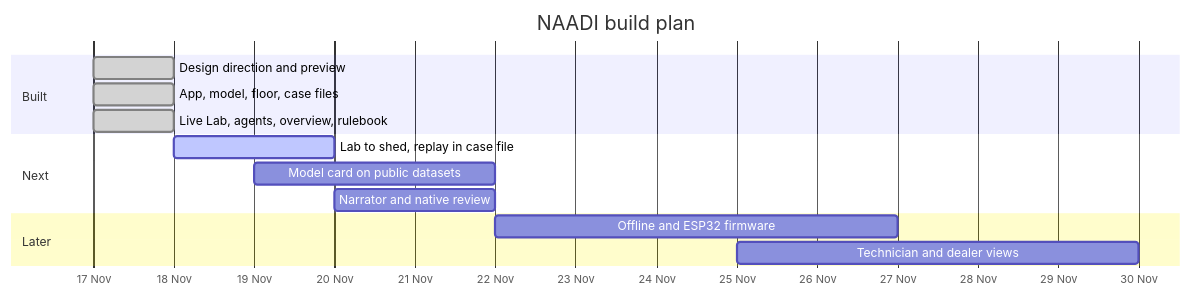
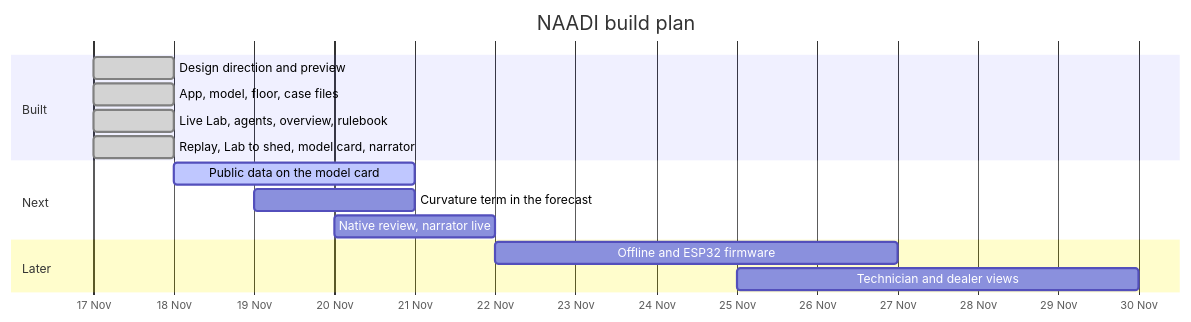
Before and after one commit to vizsh/Naadi: the diagram in docs/08-roadmap.md, drawn with Mermaid. The commit also changed other lines of this file and 63 other files, not shown here.

````diff
--- a/docs/08-roadmap.md
+++ b/docs/08-roadmap.md
@@ -43,17 +48,18 @@
 ```mermaid
 gantt
   title NAADI build plan
   dateFormat  YYYY-MM-DD
   axisFormat  %d %b
   section Built
   Design direction and preview          :done, d1, 2026-11-17, 1d
   App, model, floor, case files         :done, d2, 2026-11-17, 1d
   Live Lab, agents, overview, rulebook  :done, d3, 2026-11-17, 1d
+  Replay, Lab to shed, model card, narrator :done, d4, 2026-11-17, 1d
   section Next
-  Lab to shed, replay in case file      :active, n1, 2026-11-18, 2d
-  Model card on public datasets         :n2, 2026-11-19, 3d
-  Narrator and native review            :n3, 2026-11-20, 2d
+  Public data on the model card         :active, n1, 2026-11-18, 3d
+  Curvature term in the forecast        :n2, 2026-11-19, 2d
+  Native review, narrator live          :n3, 2026-11-20, 2d
   section Later
   Offline and ESP32 firmware            :l1, 2026-11-22, 5d
   Technician and dealer views           :l2, 2026-11-25, 5d
 ```
````
